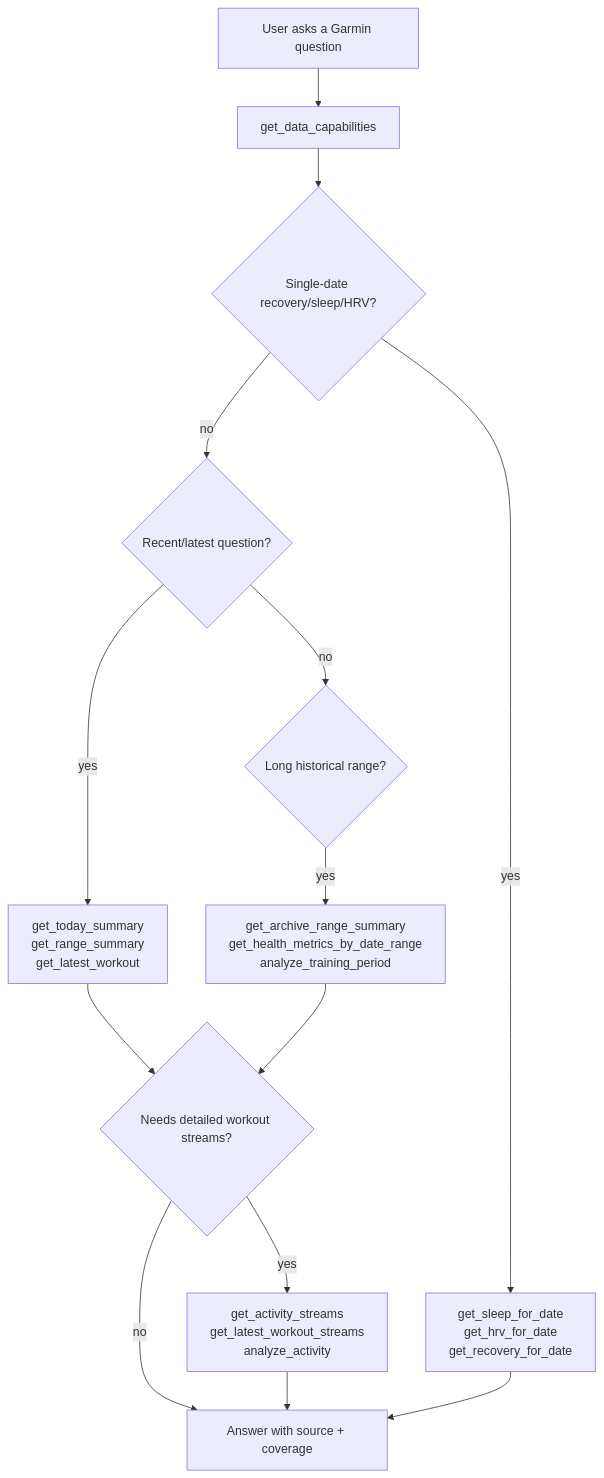
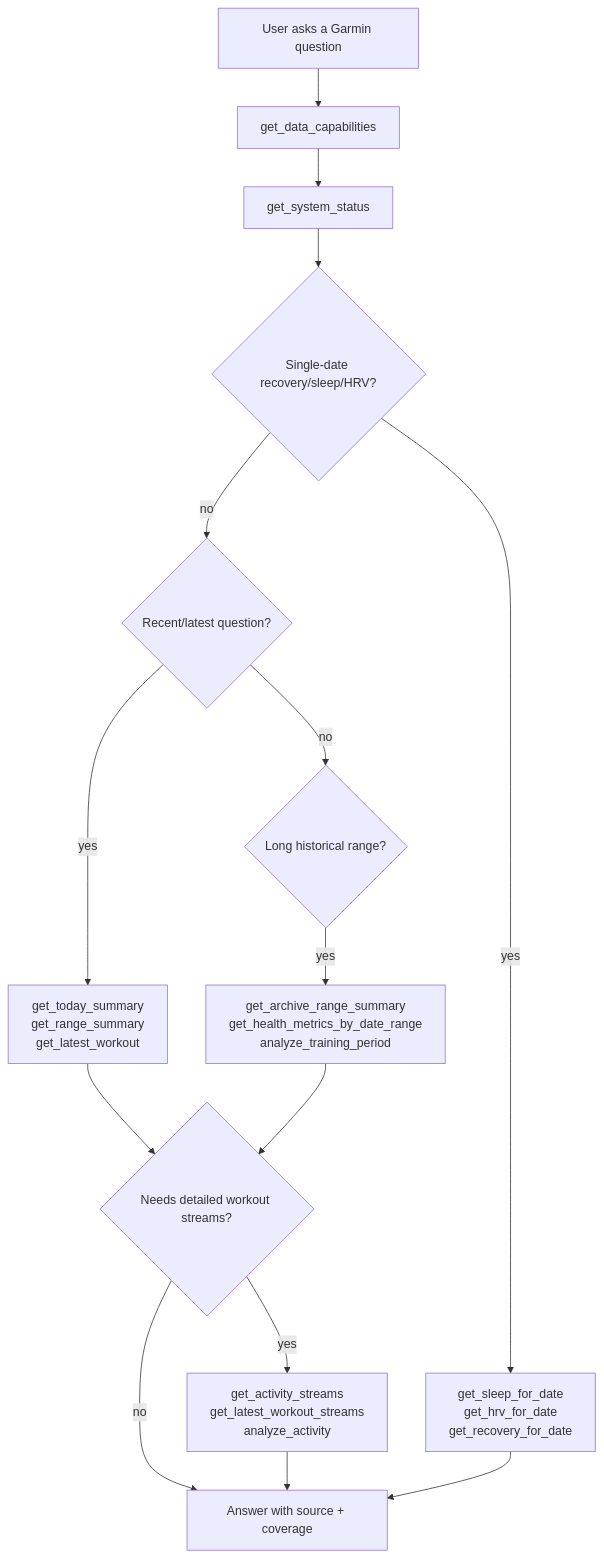
Before and after one commit to sharathgavini/garmin-mcp: the fourth of 7 diagrams in docs/ARCHITECTURE.md, drawn with Mermaid. The commit also changed other lines of this file and 13 other files, not shown here.

````diff
--- a/docs/ARCHITECTURE.md
+++ b/docs/ARCHITECTURE.md
@@ -87,23 +87,25 @@
 ```mermaid
 flowchart TD
   Question["User asks a Garmin question"]
   Capabilities["get_data_capabilities"]
+  Status["get_system_status"]
   SingleDay{"Single-date recovery/sleep/HRV?"}
   Latest{"Recent/latest question?"}
   Streams{"Needs detailed workout streams?"}
   Archive{"Long historical range?"}
 
   Question --> Capabilities
-  Capabilities --> SingleDay
+  Capabilities --> Status
+  Status --> SingleDay
   SingleDay -->|"yes"| RecoveryTools["get_sleep_for_date\nget_hrv_for_date\nget_recovery_for_date"]
   SingleDay -->|"no"| Latest
   Latest -->|"yes"| LatestTools["get_today_summary\nget_range_summary\nget_latest_workout"]
   Latest -->|"no"| Archive
   Archive -->|"yes"| ArchiveTools["get_archive_range_summary\nget_health_metrics_by_date_range\nanalyze_training_period"]
   LatestTools --> Streams
   ArchiveTools --> Streams
   Streams -->|"yes"| StreamTools["get_activity_streams\nget_latest_workout_streams\nanalyze_activity"]
   Streams -->|"no"| Answer["Answer with source + coverage"]
   StreamTools --> Answer
   RecoveryTools --> Answer
 ```
````
